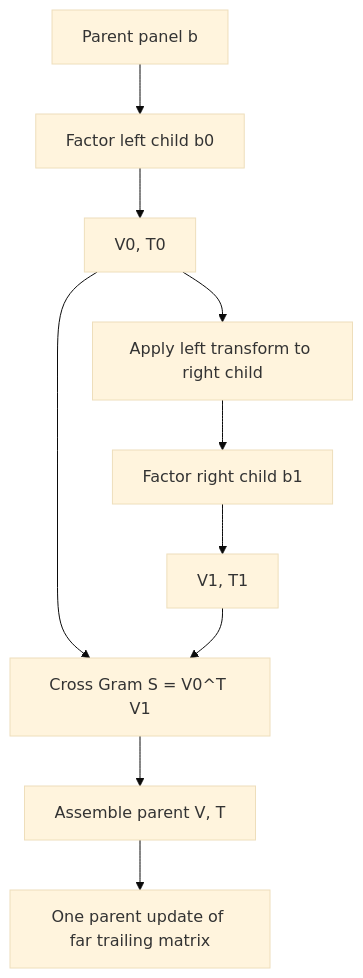
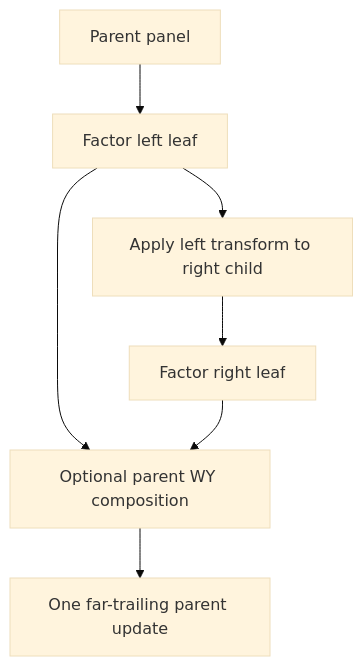
One commit to fishmingyu/qrv2-gpu-mode changed the second of 4 diagrams in ALGORITHM.md. Above: the diagram before and after it, drawn with Mermaid (base theme). The commit also changed other lines of this file and 3 other files, not shown here.

````diff
--- a/ALGORITHM.md
+++ b/ALGORITHM.md
@@ -71,12 +58,9 @@
 ```mermaid
 flowchart TD
-    P[Parent panel b] --> L[Factor left child b0]
-    L --> VL[V0, T0]
-    VL --> AR[Apply left transform to right child]
-    AR --> R[Factor right child b1]
-    R --> VR[V1, T1]
-    VL --> C[Cross Gram S = V0^T V1]
-    VR --> C
-    C --> PT[Assemble parent V, T]
-    PT --> F[One parent update of far trailing matrix]
+    P[Parent panel] --> L[Factor left leaf]
+    L --> N[Apply left transform to right child]
+    N --> R[Factor right leaf]
+    L --> C[Optional parent WY composition]
+    R --> C
+    C --> U[One far-trailing parent update]
 ```
````
